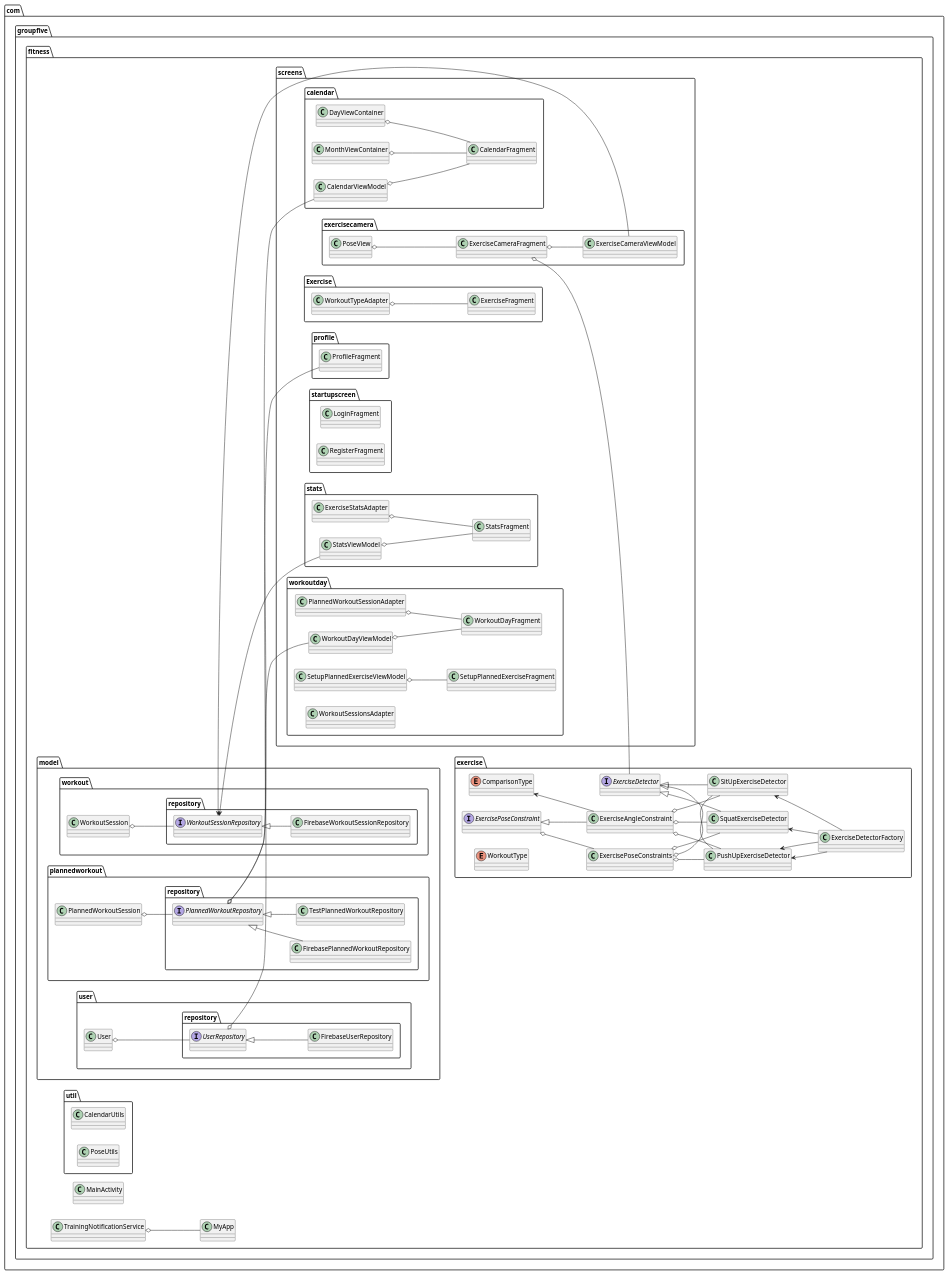
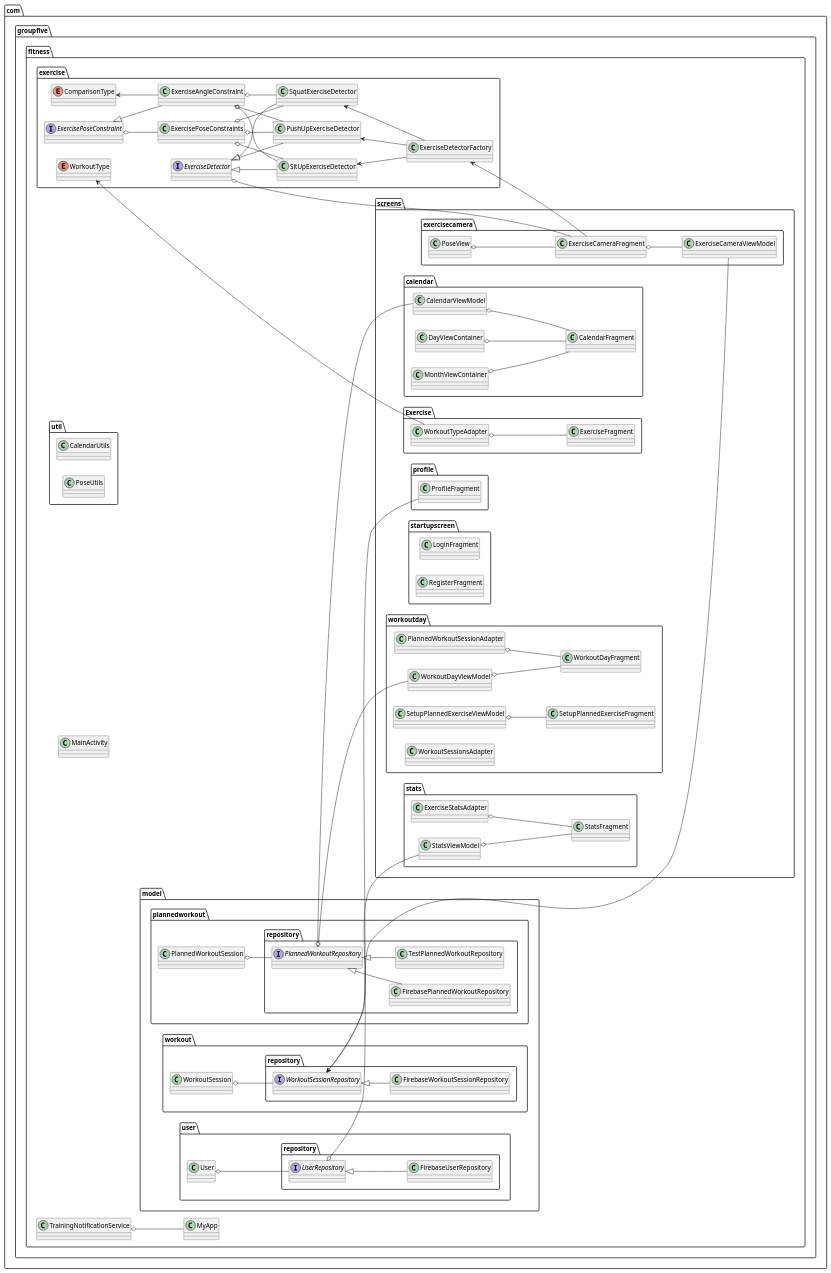
Before and after one commit to julianalsemmani/fitnessapp: the diagram in doc/FitnessApp.puml, drawn with PlantUML. The commit also changed 2 other files, not shown here.

Commit message:
Fixed PlantUML

```diff
--- a/doc/FitnessApp.puml
+++ b/doc/FitnessApp.puml
@@ -1,168 +1,169 @@
 @startuml FitnessApp
 
 left to right direction
 
 package com.groupfive.fitness  {
     Class MainActivity
     Class MyApp
     Class TrainingNotificationService
 
     package exercise  {
         Enum ComparisonType
         Class ExerciseAngleConstraint
         Interface ExerciseDetector
         Class ExerciseDetectorFactory
         Interface ExercisePoseConstraint
         Class ExercisePoseConstraints
         Class SquatExerciseDetector
         Class SitUpExerciseDetector
         Class PushUpExerciseDetector
         Enum WorkoutType
     }
 
     package model {
         package plannedworkout {
             package repository {
                 Class FirebasePlannedWorkoutRepository
                 Interface PlannedWorkoutRepository
                 Class TestPlannedWorkoutRepository
             }
 
             Class PlannedWorkoutSession
         }
 
         package user {
             package repository as user-repository  {
                 Interface UserRepository
                 Class FirebaseUserRepository
             }
             Class User
         }
 
         package workout {
             package repository as workout-repository {
                 Interface WorkoutSessionRepository
                 Class FirebaseWorkoutSessionRepository
             }
             Class WorkoutSession
         }
     }
 
     package screens {
         package calendar {
             Class CalendarFragment
             Class CalendarViewModel
             Class DayViewContainer
             Class MonthViewContainer
         }
 
         package exercisecamera {
             Class ExerciseCameraFragment
             Class ExerciseCameraViewModel
             Class PoseView
         }
 
         package Exercise {
             Class ExerciseFragment
             Class WorkoutTypeAdapter
         }
 
         package profile {
             class ProfileFragment
         }
 
         package startupscreen {
             Class LoginFragment
             Class RegisterFragment
         }
 
         package stats {
             Class ExerciseStatsAdapter
             Class StatsFragment
             Class StatsViewModel
         }
 
         package workoutday  {
             Class PlannedWorkoutSessionAdapter
             Class WorkoutDayFragment
             Class WorkoutDayViewModel
             Class SetupPlannedExerciseFragment
             Class SetupPlannedExerciseViewModel
             Class WorkoutSessionsAdapter
         }
     }
 
     package util {
         Class CalendarUtils
         Class PoseUtils
     }
 }
 
 ' Exercise system
 ExerciseDetector <|-- SquatExerciseDetector
 ExerciseDetector <|-- SitUpExerciseDetector
 ExerciseDetector <|-- PushUpExerciseDetector
 
 ComparisonType <-- ExerciseAngleConstraint
 ExercisePoseConstraint <|-- ExerciseAngleConstraint
 ExercisePoseConstraint o-- ExercisePoseConstraints
 
 ExercisePoseConstraints o-- SquatExerciseDetector
 ExercisePoseConstraints o-- SitUpExerciseDetector
 ExercisePoseConstraints o-- PushUpExerciseDetector
 
 ExerciseAngleConstraint o-- SquatExerciseDetector
 ExerciseAngleConstraint o-- SitUpExerciseDetector
 ExerciseAngleConstraint o-- PushUpExerciseDetector
 
 SquatExerciseDetector <-- ExerciseDetectorFactory
 SitUpExerciseDetector <-- ExerciseDetectorFactory
 PushUpExerciseDetector <-- ExerciseDetectorFactory
-PushUpExerciseDetector <-- ExerciseDetectorFactory
 
 ' Model
 ' PlannedWorkout
 PlannedWorkoutRepository <|-- TestPlannedWorkoutRepository
 PlannedWorkoutRepository <|-- FirebasePlannedWorkoutRepository
 PlannedWorkoutSession o-- PlannedWorkoutRepository
 TrainingNotificationService o-- MyApp
 
 ' User
 User o-- UserRepository
 UserRepository <|-- FirebaseUserRepository
 
 ' Workout
 WorkoutSession o-- WorkoutSessionRepository
 WorkoutSessionRepository <|-- FirebaseWorkoutSessionRepository
 
 ' Screens
 ' ExerciseCamera
-ExerciseCameraFragment o-- ExerciseDetector
+ExerciseDetector o-- ExerciseCameraFragment
+ExerciseDetectorFactory <-- ExerciseCameraFragment
 ExerciseCameraFragment o-- ExerciseCameraViewModel
 WorkoutSessionRepository <-- ExerciseCameraViewModel
 PoseView o-- ExerciseCameraFragment
 
 ' Calendar
 PlannedWorkoutRepository o-- CalendarViewModel
 DayViewContainer o-- CalendarFragment
 MonthViewContainer o-- CalendarFragment
 CalendarViewModel o-- CalendarFragment
 
 ' WorkoutDay
 PlannedWorkoutRepository o-- WorkoutDayViewModel
 WorkoutDayViewModel o-- WorkoutDayFragment
 PlannedWorkoutSessionAdapter o-- WorkoutDayFragment
 SetupPlannedExerciseViewModel o-- SetupPlannedExerciseFragment
 
 ' Profile
 UserRepository o-- ProfileFragment
 
 ' Exercise
 WorkoutTypeAdapter o-- ExerciseFragment
+WorkoutType <-- WorkoutTypeAdapter
 
 ' Stats
 StatsViewModel o-- StatsFragment
 WorkoutSessionRepository <-- StatsViewModel
 ExerciseStatsAdapter o-- StatsFragment
 
 @enduml
```
